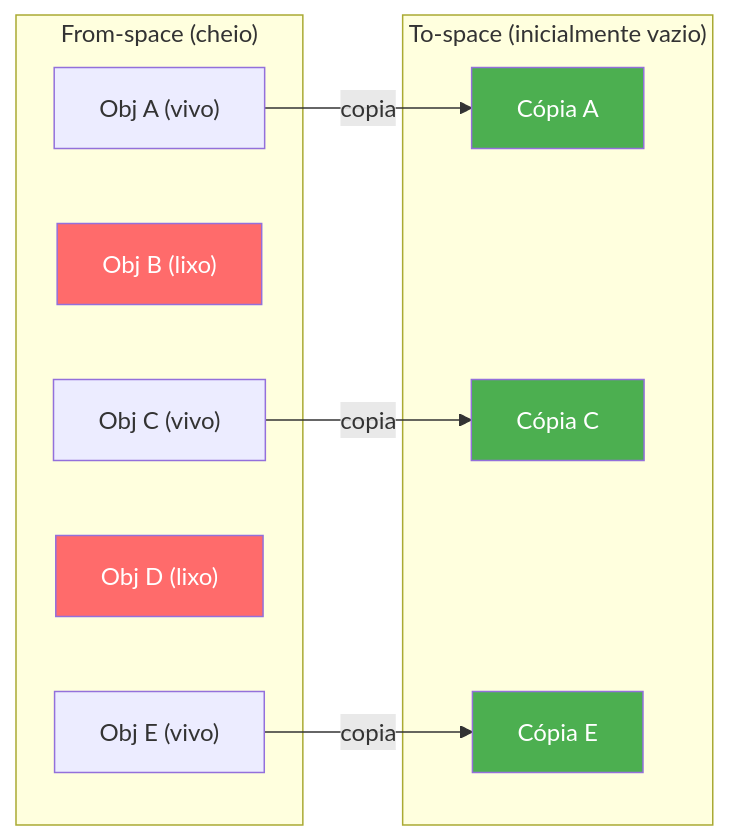
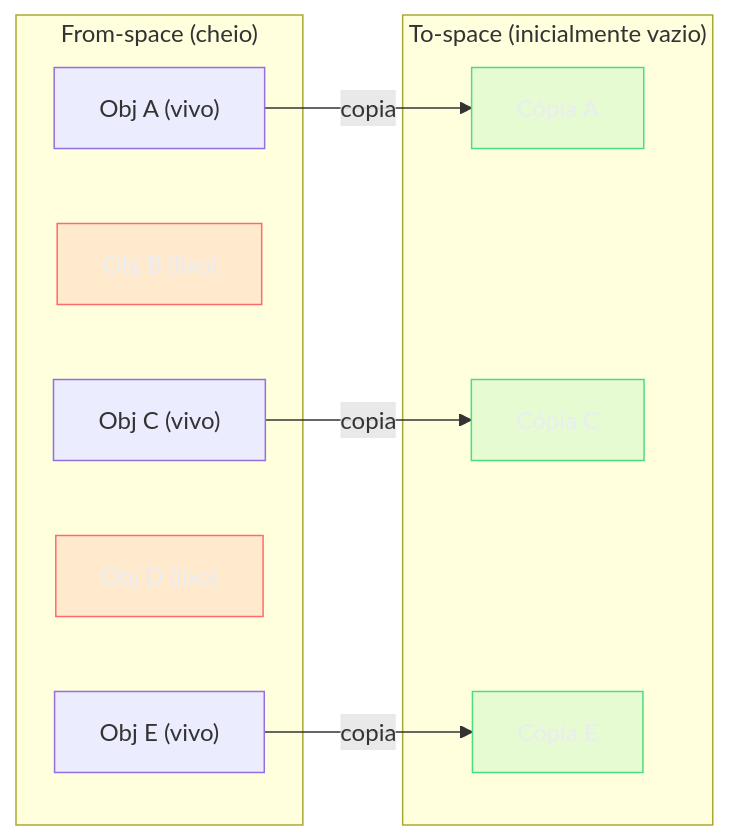
The fifth of 11 diagrams in 03-Dominios/Ciência/Compiladores e Linguagens/16 - Garbage collection.md (josenaldo/codex-technomanticus), drawn with Mermaid before and after one commit. The commit also changed other lines of this file and 1181 other files, not shown here.

First line of the commit message:
fix(diagramas): paleta do sistema no lugar de cor cravada no markdown

````diff
--- a/03-Dominios/Ciência/Compiladores e Linguagens/16 - Garbage collection.md
+++ b/03-Dominios/Ciência/Compiladores e Linguagens/16 - Garbage collection.md
@@ -188,26 +191,28 @@
 ```mermaid
 graph LR
+    classDef falha fill:#FF6B6B24,stroke:#FF6B6B,color:#E9ECF2
+    classDef ok fill:#4ADE8021,stroke:#4ADE80,color:#E9ECF2
     subgraph FROM["From-space (cheio)"]
         FA["Obj A (vivo)"]
         FB["Obj B (lixo)"]
         FC["Obj C (vivo)"]
         FD["Obj D (lixo)"]
         FE["Obj E (vivo)"]
     end
 
     subgraph TO["To-space (inicialmente vazio)"]
         TA["Cópia A"]
         TC["Cópia C"]
         TE["Cópia E"]
     end
 
     FA -- "copia" --> TA
     FC -- "copia" --> TC
     FE -- "copia" --> TE
 
-    style FB fill:#ff6b6b,color:#fff
-    style FD fill:#ff6b6b,color:#fff
-    style TA fill:#4caf50,color:#fff
-    style TC fill:#4caf50,color:#fff
-    style TE fill:#4caf50,color:#fff
+    class FB falha
+    class FD falha
+    class TA ok
+    class TC ok
+    class TE ok
 ```
````
